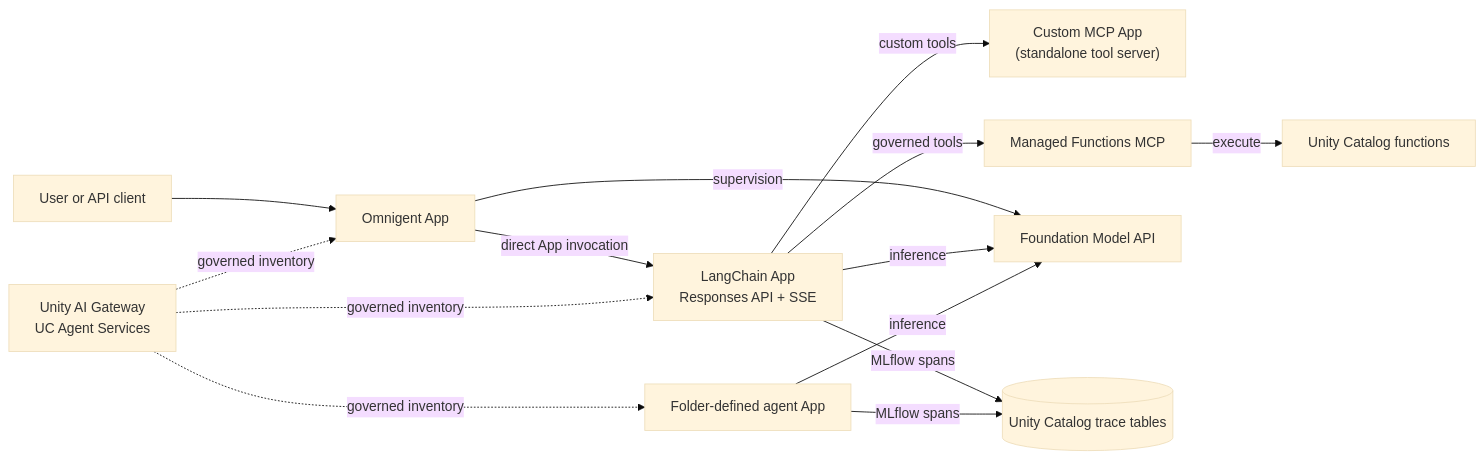
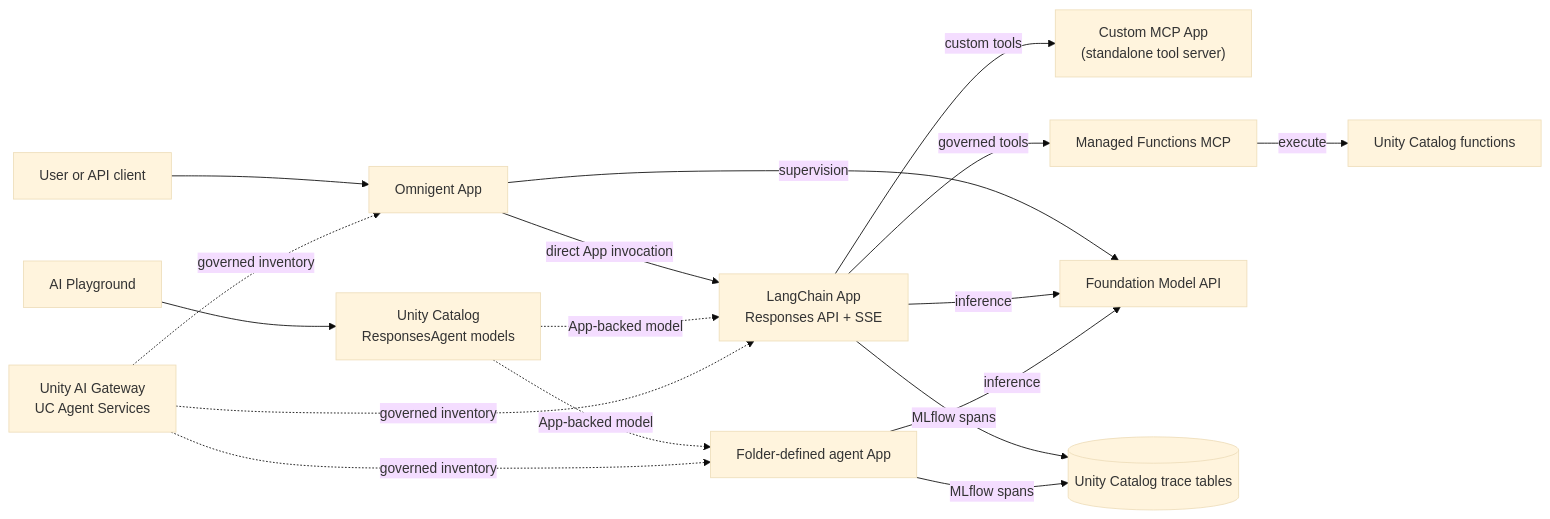
Before and after one commit to zacdav-db/databricks-agent-cicd-sandpit: the diagram in docs/architecture/runtime-example.md, drawn with Mermaid (base theme). The commit also changed other lines of this file and 19 other files, not shown here.

Commit message:
feat: register app agents as UC models

````diff
--- a/docs/architecture/runtime-example.md
+++ b/docs/architecture/runtime-example.md
@@ -14,27 +14,32 @@
 ```mermaid
 flowchart LR
     User["User or API client"]
+    Playground["AI Playground"]
     Omni["Omnigent App"]
     MCP["Custom MCP App<br/>(standalone tool server)"]
     Agent["LangChain App<br/>Responses API + SSE"]
     Generated["Folder-defined agent App"]
     Managed["Managed Functions MCP"]
     Functions["Unity Catalog functions"]
     Model["Foundation Model API"]
+    UCModels["Unity Catalog<br/>ResponsesAgent models"]
     Gateway["Unity AI Gateway<br/>UC Agent Services"]
     Traces[("Unity Catalog trace tables")]
 
     User --> Omni
+    Playground --> UCModels
     Omni -->|"direct App invocation"| Agent
+    UCModels -. "App-backed model" .-> Agent
+    UCModels -. "App-backed model" .-> Generated
     Agent -->|"custom tools"| MCP
     Agent -->|"governed tools"| Managed
     Managed -->|"execute"| Functions
     Omni -->|"supervision"| Model
     Agent -->|"inference"| Model
     Generated -->|"inference"| Model
     Agent -->|"MLflow spans"| Traces
     Generated -->|"MLflow spans"| Traces
     Gateway -. "governed inventory" .-> Agent
     Gateway -. "governed inventory" .-> Generated
     Gateway -. "governed inventory" .-> Omni
 ```
````
